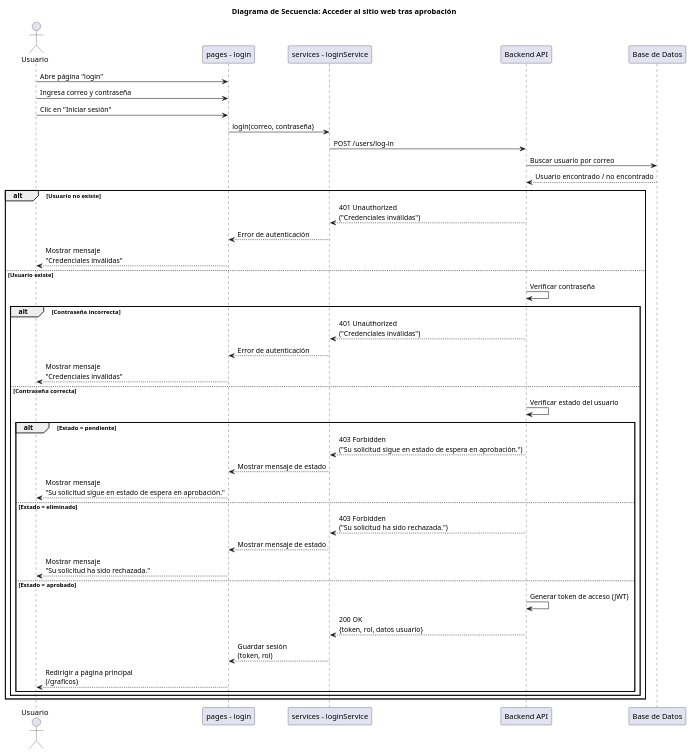
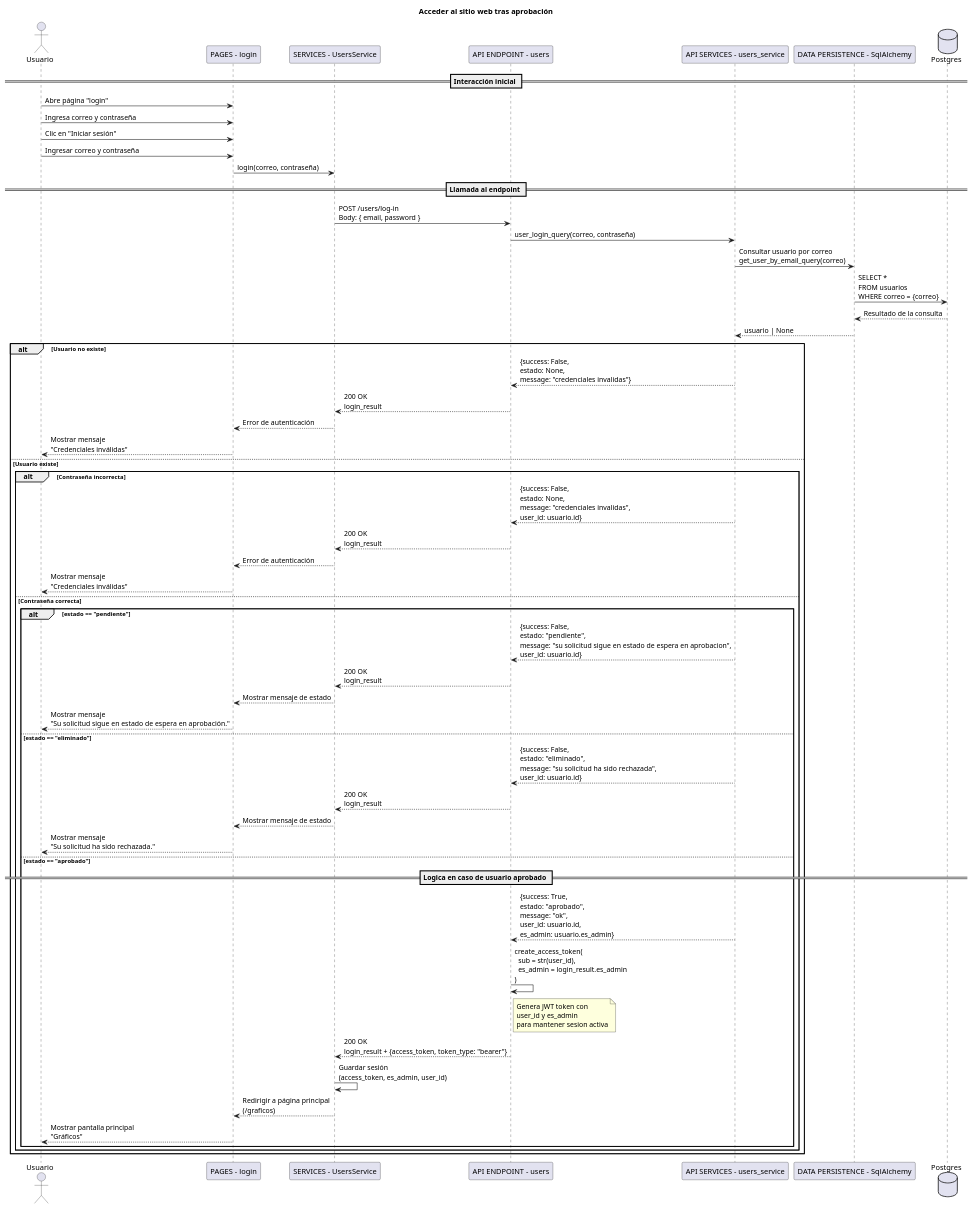
The diagram in docs/diagrama_secuencia/sprint2/HU_3U.wsd (Niik4466/SolarWeb), drawn with PlantUML before and after one commit. The commit also changed 1 other file, not shown here.

Commit message:
Agregados nuevos diagramas: - HU_1A - HU_3U

```diff
--- a/docs/diagrama_secuencia/sprint2/HU_3U.wsd
+++ b/docs/diagrama_secuencia/sprint2/HU_3U.wsd
@@ -1,53 +1,78 @@
 @startuml
-title Diagrama de Secuencia: Acceder al sitio web tras aprobación
+title Acceder al sitio web tras aprobación
 
 actor Usuario
-participant UI as "pages - login"
-participant FE_Service as "services - loginService"
-participant BE as "Backend API"
-participant DB as "Base de Datos"
+participant UI as "PAGES - login"
+participant FE_Service as "SERVICES - UsersService"
+participant ENDPOINT as "API ENDPOINT - users"
+participant SERVICE as "API SERVICES - users_service"
+participant SQL as "DATA PERSISTENCE - SqlAlchemy"
+database DB as "Postgres"
+
+== Interacción inicial ==
 
 Usuario -> UI : Abre página "login"
 Usuario -> UI : Ingresa correo y contraseña
 Usuario -> UI : Clic en "Iniciar sesión"
+Usuario -> UI : Ingresar correo y contraseña
 
 UI -> FE_Service : login(correo, contraseña)
 
-FE_Service -> BE : POST /users/log-in
+== Llamada al endpoint ==
 
-BE -> DB : Buscar usuario por correo
-DB --> BE : Usuario encontrado / no encontrado
+FE_Service -> ENDPOINT : POST /users/log-in\nBody: { email, password }
+
+ENDPOINT -> SERVICE : user_login_query(correo, contraseña)
+
+SERVICE -> SQL : Consultar usuario por correo\nget_user_by_email_query(correo)
+SQL -> DB : SELECT *\nFROM usuarios\nWHERE correo = {correo}
+DB --> SQL : Resultado de la consulta
+SQL --> SERVICE : usuario | None
 
 alt Usuario no existe
-    BE --> FE_Service : 401 Unauthorized\n("Credenciales inválidas")
+    SERVICE --> ENDPOINT : {success: False,\nestado: None,\nmessage: "credenciales invalidas"}
+    ENDPOINT --> FE_Service : 200 OK\nlogin_result
     FE_Service --> UI : Error de autenticación
     UI --> Usuario : Mostrar mensaje\n"Credenciales inválidas"
 else Usuario existe
-    BE -> BE : Verificar contraseña
-
     alt Contraseña incorrecta
-        BE --> FE_Service : 401 Unauthorized\n("Credenciales inválidas")
+        SERVICE --> ENDPOINT : {success: False,\nestado: None,\nmessage: "credenciales invalidas",\nuser_id: usuario.id}
+        ENDPOINT --> FE_Service : 200 OK\nlogin_result
         FE_Service --> UI : Error de autenticación
         UI --> Usuario : Mostrar mensaje\n"Credenciales inválidas"
+
     else Contraseña correcta
-        BE -> BE : Verificar estado del usuario
 
-        alt Estado = pendiente
-            BE --> FE_Service : 403 Forbidden\n("Su solicitud sigue en estado de espera en aprobación.")
+        alt estado == "pendiente"
+            SERVICE --> ENDPOINT : {success: False,\nestado: "pendiente",\nmessage: "su solicitud sigue en estado de espera en aprobacion",\nuser_id: usuario.id}
+            ENDPOINT --> FE_Service : 200 OK\nlogin_result
             FE_Service --> UI : Mostrar mensaje de estado
             UI --> Usuario : Mostrar mensaje\n"Su solicitud sigue en estado de espera en aprobación."
-        else Estado = eliminado
-            BE --> FE_Service : 403 Forbidden\n("Su solicitud ha sido rechazada.")
+
+        else estado == "eliminado"
+            SERVICE --> ENDPOINT : {success: False,\nestado: "eliminado",\nmessage: "su solicitud ha sido rechazada",\nuser_id: usuario.id}
+            ENDPOINT --> FE_Service : 200 OK\nlogin_result
             FE_Service --> UI : Mostrar mensaje de estado
             UI --> Usuario : Mostrar mensaje\n"Su solicitud ha sido rechazada."
-        else Estado = aprobado
-            BE -> BE : Generar token de acceso (JWT)
-            BE --> FE_Service : 200 OK\n{token, rol, datos usuario}
-            FE_Service --> UI : Guardar sesión\n(token, rol)
 
-            UI --> Usuario : Redirigir a página principal\n(/graficos)
+        else estado == "aprobado"
+            == Logica en caso de usuario aprobado ==
+
+            SERVICE --> ENDPOINT : {success: True,\nestado: "aprobado",\nmessage: "ok",\nuser_id: usuario.id,\nes_admin: usuario.es_admin}
+
+            ENDPOINT -> ENDPOINT : create_access_token(\n  sub = str(user_id),\n  es_admin = login_result.es_admin\n)
+            note right of ENDPOINT
+                Genera JWT token con
+                user_id y es_admin
+                para mantener sesion activa
+            end note
+            ENDPOINT --> FE_Service : 200 OK\nlogin_result + {access_token, token_type: "bearer"}
+
+            FE_Service -> FE_Service : Guardar sesión\n(access_token, es_admin, user_id)
+            FE_Service --> UI : Redirigir a página principal\n(/graficos)
+            UI --> Usuario : Mostrar pantalla principal\n"Gráficos"
         end
     end
 end
 
 @enduml
```
